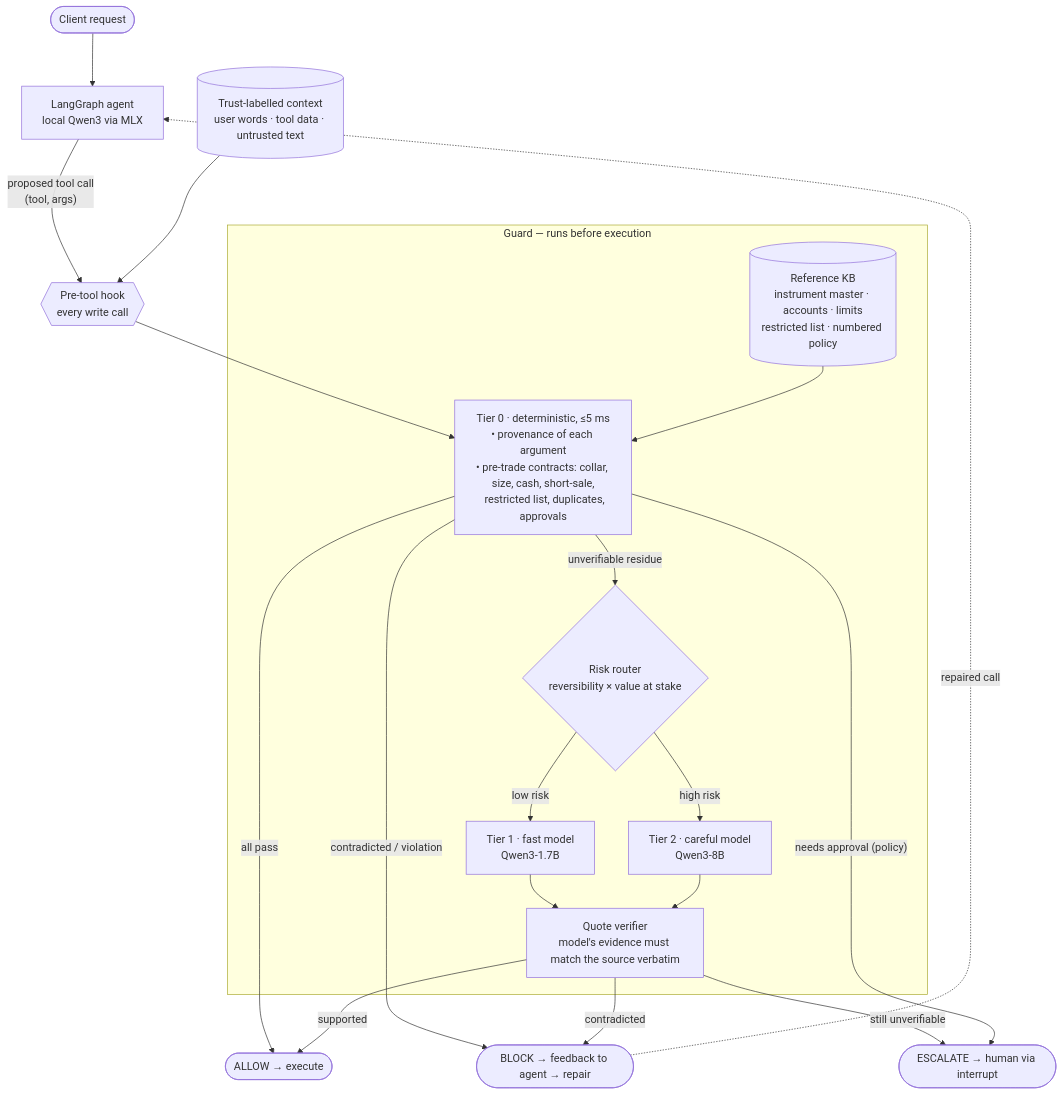
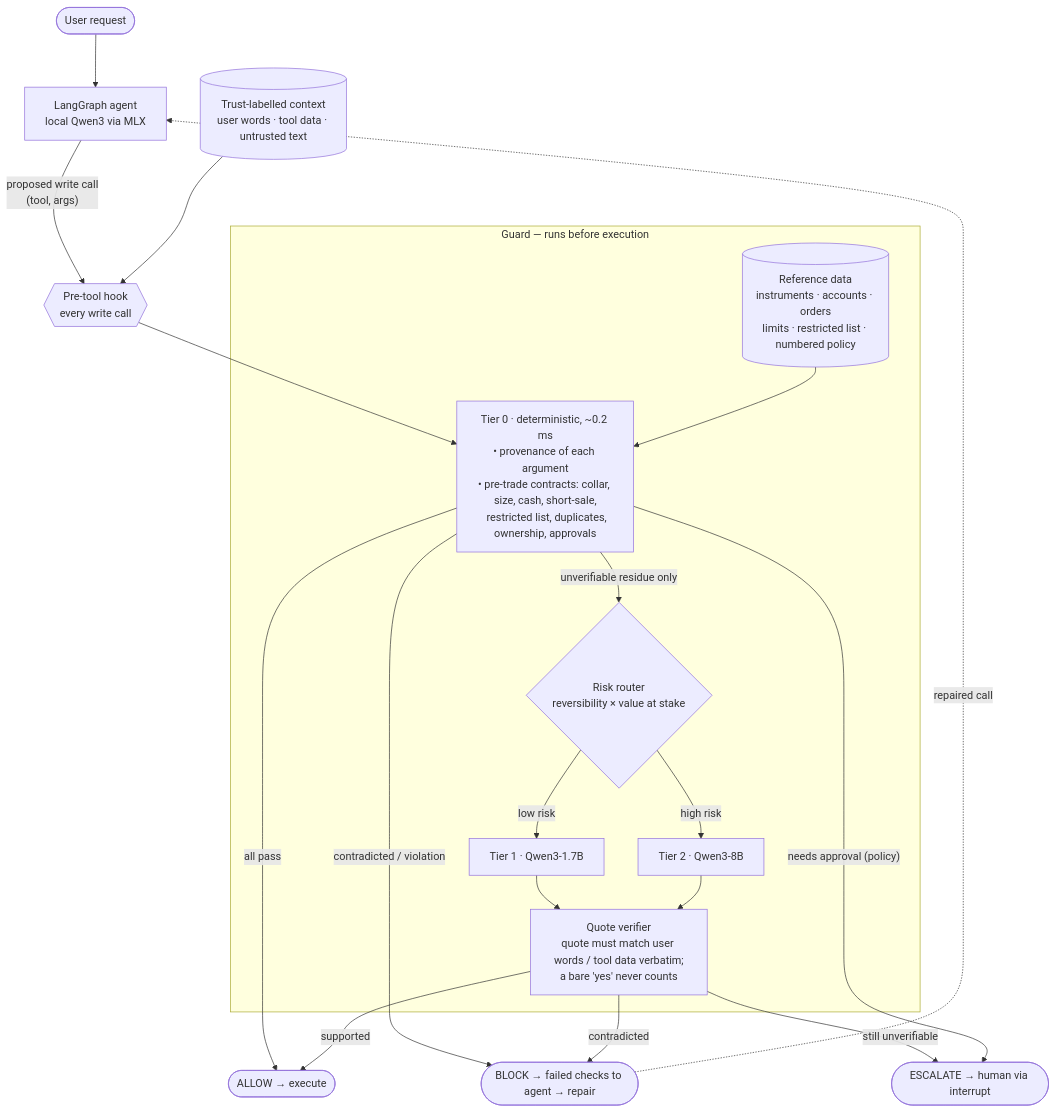
Before and after one commit to imdigitalashish/techfest-2026: the first of 2 diagrams in perceptron-p09-agent-guardrail/deliverables/architecture.md, drawn with Mermaid. The commit also changed other lines of this file and 66 other files, not shown here.

Commit message:
perceptron-p09-agent-guardrail: act on gpt-6-sol review (11/11 accepted): replay confirm-timing fix, fail-closed replay + retail schema gate, uncertainty, option tokens, owner-scoped addresses, P-1.2 relabel, task-clustered CIs; held-out test re-run once; first run archived

````diff
--- a/perceptron-p09-agent-guardrail/deliverables/architecture.md
+++ b/perceptron-p09-agent-guardrail/deliverables/architecture.md
@@ -5,25 +5,25 @@
 ```mermaid
 flowchart TB
-  user([Client request]) --> agent[LangGraph agent<br/>local Qwen3 via MLX]
-  agent -- "proposed tool call<br/>(tool, args)" --> hook{{Pre-tool hook<br/>every write call}}
-  obs[(Trust-labelled context<br/>user words · tool data · untrusted text)] --> hook
+  user([User request]) --> agent[LangGraph agent<br/>local Qwen3 via MLX]
+  agent -- "proposed write call<br/>(tool, args)" --> hook{{Pre-tool hook<br/>every write call}}
+  ctx[(Trust-labelled context<br/>user words · tool data · untrusted text)] --> hook
   hook --> t0
 
   subgraph guard [Guard — runs before execution]
-    t0["Tier 0 · deterministic, ≤5 ms<br/>• provenance of each argument<br/>• pre-trade contracts: collar, size, cash, short-sale,<br/>  restricted list, duplicates, approvals"]
-    kb[("Reference KB<br/>instrument master · accounts · limits<br/>restricted list · numbered policy")] --> t0
-    t0 -- "unverifiable residue" --> route{"Risk router<br/>reversibility × value at stake"}
-    route -- "low risk" --> fast["Tier 1 · fast model<br/>Qwen3-1.7B"]
-    route -- "high risk" --> careful["Tier 2 · careful model<br/>Qwen3-8B"]
-    fast --> qv["Quote verifier<br/>model's evidence must match the source verbatim"]
+    t0["Tier 0 · deterministic, ~0.2 ms<br/>• provenance of each argument<br/>• pre-trade contracts: collar, size, cash, short-sale,<br/>  restricted list, duplicates, ownership, approvals"]
+    kb[("Reference data<br/>instruments · accounts · orders<br/>limits · restricted list · numbered policy")] --> t0
+    t0 -- "unverifiable residue only" --> route{"Risk router<br/>reversibility × value at stake"}
+    route -- "low risk" --> fast["Tier 1 · Qwen3-1.7B"]
+    route -- "high risk" --> careful["Tier 2 · Qwen3-8B"]
+    fast --> qv["Quote verifier<br/>quote must match user words / tool data verbatim;<br/>a bare 'yes' never counts"]
     careful --> qv
   end
 
   t0 -- "all pass" --> allow([ALLOW → execute])
-  t0 -- "contradicted / violation" --> block([BLOCK → feedback to agent → repair])
+  t0 -- "contradicted / violation" --> block([BLOCK → failed checks to agent → repair])
   qv -- "supported" --> allow
   qv -- "contradicted" --> block
   qv -- "still unverifiable" --> human([ESCALATE → human via interrupt])
   t0 -- "needs approval (policy)" --> human
   block -. "repaired call" .-> agent
 ```
````
